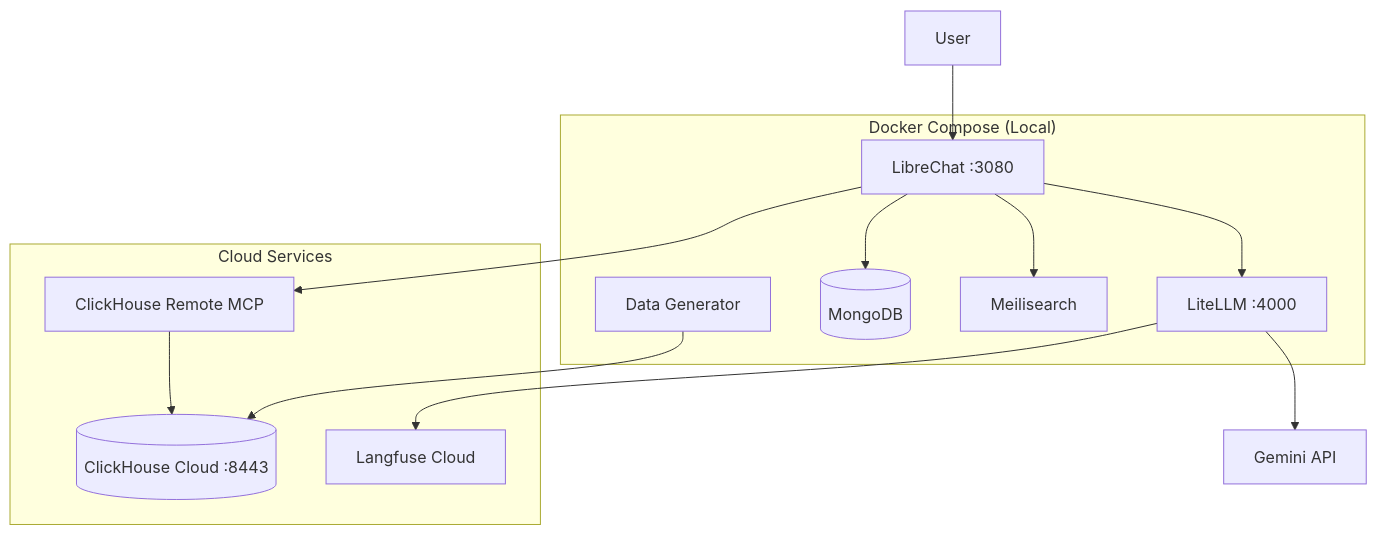
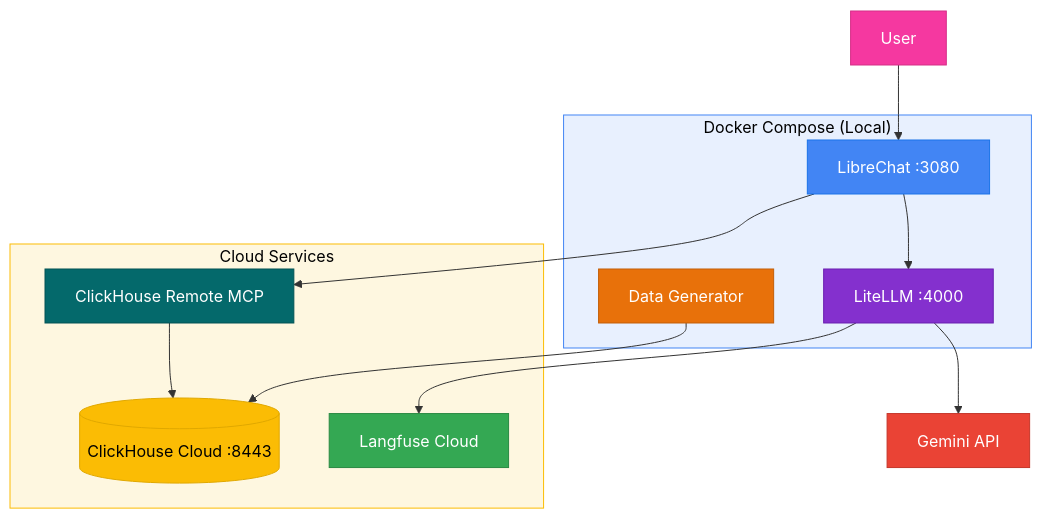
Before and after one commit to ClickHouse/ClickHouse_Demos: the second of 4 diagrams in agent_stack_builds/telco_marketing/README.md, drawn with Mermaid. The commit also changed other lines of this file, not shown here.

First line of the commit message:
Clean up docs: remove internal dependency references, add color to diagrams

````diff
--- a/agent_stack_builds/telco_marketing/README.md
+++ b/agent_stack_builds/telco_marketing/README.md
@@ -127,24 +131,31 @@
 ```mermaid
 flowchart TB
     subgraph Docker["Docker Compose (Local)"]
         LC[LibreChat :3080]
         LITE[LiteLLM :4000]
-        MONGO[(MongoDB)]
-        MEILI[Meilisearch]
         DG[Data Generator]
         LC --> LITE
-        LC --> MONGO
-        LC --> MEILI
     end
     subgraph Cloud["Cloud Services"]
         RMCP[ClickHouse Remote MCP]
         CH[(ClickHouse Cloud :8443)]
         LF[Langfuse Cloud]
         RMCP --> CH
     end
     LITE --> GEMINI[Gemini API]
     LITE --> LF
     USER[User] --> LC
     LC --> RMCP
     DG --> CH
+
+    style LC fill:#4285F4,stroke:#1a73e8,color:#fff
+    style LITE fill:#8430CE,stroke:#6a1fb0,color:#fff
+    style DG fill:#E8710A,stroke:#c25f08,color:#fff
+    style RMCP fill:#04696B,stroke:#035354,color:#fff
+    style CH fill:#FBBC04,stroke:#e0a800,color:#000
+    style LF fill:#34A853,stroke:#2a8a43,color:#fff
+    style GEMINI fill:#EA4335,stroke:#c5362a,color:#fff
+    style USER fill:#F538A0,stroke:#d42e87,color:#fff
+    style Docker fill:#e8f0fe,stroke:#4285F4,color:#000
+    style Cloud fill:#fef7e0,stroke:#FBBC04,color:#000
 ```
````
